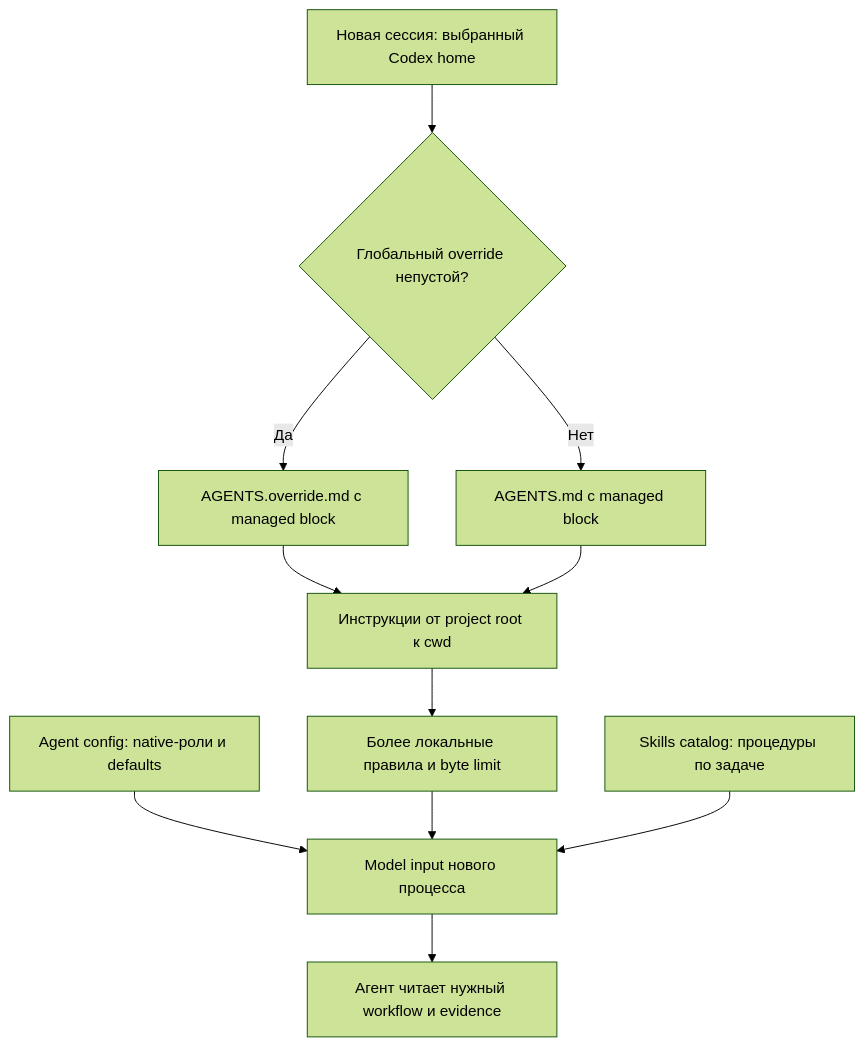
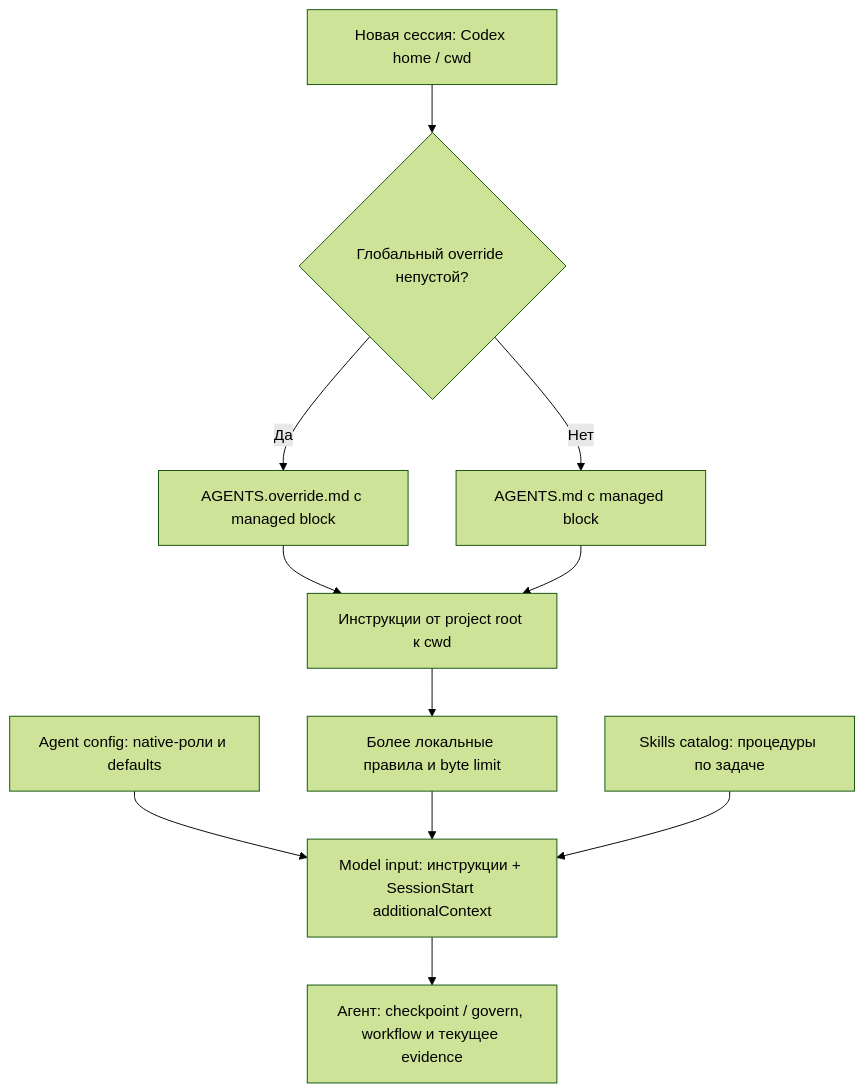
Before and after one commit to SUKUNA-AI/agent-harness: the diagram in docs/AUTOLOAD_RU.md, drawn with Mermaid (forest theme). The commit also changed other lines of this file and 62 other files, not shown here.

First line of the commit message:
docs: align all current guides and diagrams with Agent Harness 1.6.0

````diff
--- a/docs/AUTOLOAD_RU.md
+++ b/docs/AUTOLOAD_RU.md
@@ -31,13 +31,13 @@
 ```mermaid
 flowchart TD
-    A["Новая сессия: выбранный Codex home"] --> B{"Глобальный override непустой?"}
+    A["Новая сессия: Codex home / cwd"] --> B{"Глобальный override непустой?"}
     B -->|"Да"| C["AGENTS.override.md с managed block"]
     B -->|"Нет"| D["AGENTS.md с managed block"]
     C --> E["Инструкции от project root к cwd"]
     D --> E
     E --> F["Более локальные правила и byte limit"]
-    G["Agent config: native-роли и defaults"] --> H["Model input нового процесса"]
+    G["Agent config: native-роли и defaults"] --> H["Model input: инструкции + SessionStart additionalContext"]
     F --> H
     I["Skills catalog: процедуры по задаче"] --> H
-    H --> J["Агент читает нужный workflow и evidence"]
+    H --> J["Агент: checkpoint / govern, workflow и текущее evidence"]
 ```
````
